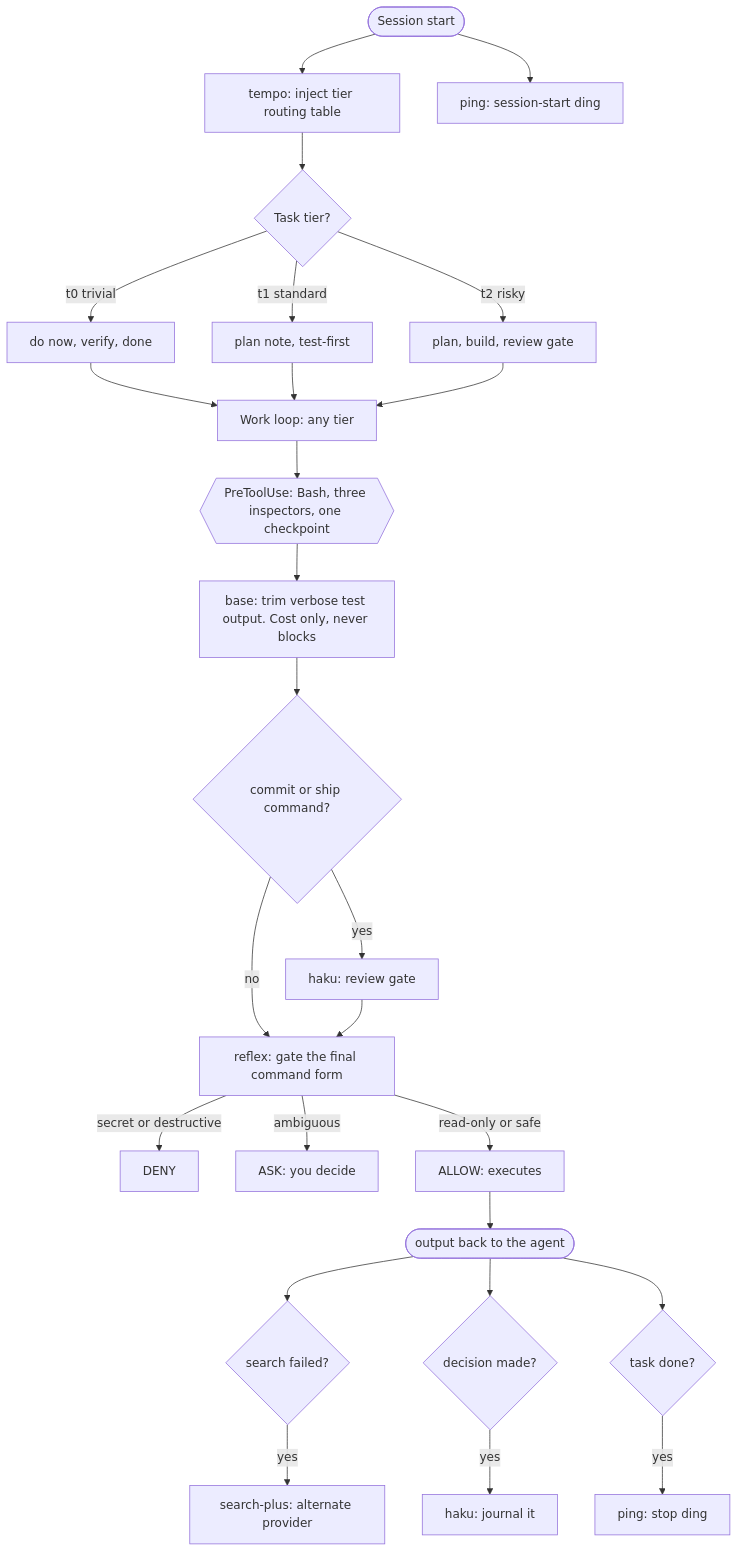
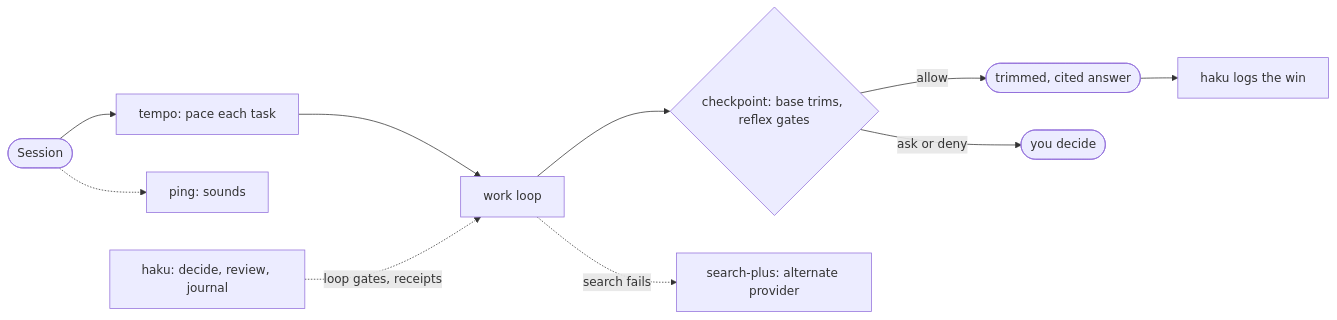
One commit to shrwnsan/vibekit-claude-plugins changed the diagram in README.md. Above: the diagram before and after it, drawn with Mermaid. The commit also changed 1 other file, not shown here.

Commit message:
docs: auto-merge docs: compact flow diagram, haku as a spanning participant
README flow chart compacts to a seven-node birds-eye (one node per
plugin, dotted lines for secondary paths) per data-ink principles; the
detailed wiring stays in docs/ref/plugin-flow.md, which now notes the
altitude relationship. Haku redrawn as a session-spanning loop
participant (decide, review, journal) rather than an inline chain
stage, and its ownership row covers loop gates.

````diff
--- a/README.md
+++ b/README.md
@@ -48,28 +48,12 @@
 ```mermaid
-flowchart TD
-    start(["Session start"]) --> tempo["tempo: inject tier routing table"]
-    start --> pingS["ping: session-start ding"]
-    tempo --> tier{"Task tier?"}
-    tier -- "t0 trivial" --> t0["do now, verify, done"]
-    tier -- "t1 standard" --> t1["plan note, test-first"]
-    tier -- "t2 risky" --> t2["plan, build, review gate"]
-    t0 --> work["Work loop: any tier"]
-    t1 --> work
-    t2 --> work
-    work --> bash{{"PreToolUse: Bash, three inspectors, one checkpoint"}}
-    bash --> trim["base: trim verbose test output. Cost only, never blocks"]
-    trim --> ship{"commit or ship command?"}
-    ship -- "yes" --> review["haku: review gate"]
-    ship -- "no" --> gate
-    review --> gate["reflex: gate the final command form"]
-    gate -- "secret or destructive" --> deny["DENY"]
-    gate -- "ambiguous" --> ask["ASK: you decide"]
-    gate -- "read-only or safe" --> allow["ALLOW: executes"]
-    allow --> out(["output back to the agent"])
-    out --> sf{"search failed?"}
-    sf -- "yes" --> sp["search-plus: alternate provider"]
-    out --> dec{"decision made?"}
-    dec -- "yes" --> hj["haku: journal it"]
-    out --> td{"task done?"}
-    td -- "yes" --> pd["ping: stop ding"]
+flowchart LR
+    s(["Session"]) --> t["tempo: pace each task"]
+    s -.-> p["ping: sounds"]
+    t --> w["work loop"]
+    w --> c{"checkpoint: base trims, reflex gates"}
+    c -->|"allow"| o(["trimmed, cited answer"])
+    c -->|"ask or deny"| you(["you decide"])
+    h["haku: decide, review, journal"] -.->|"loop gates, receipts"| w
+    o --> hj["haku logs the win"]
+    w -.->|"search fails"| sp["search-plus: alternate provider"]
 ```
````
